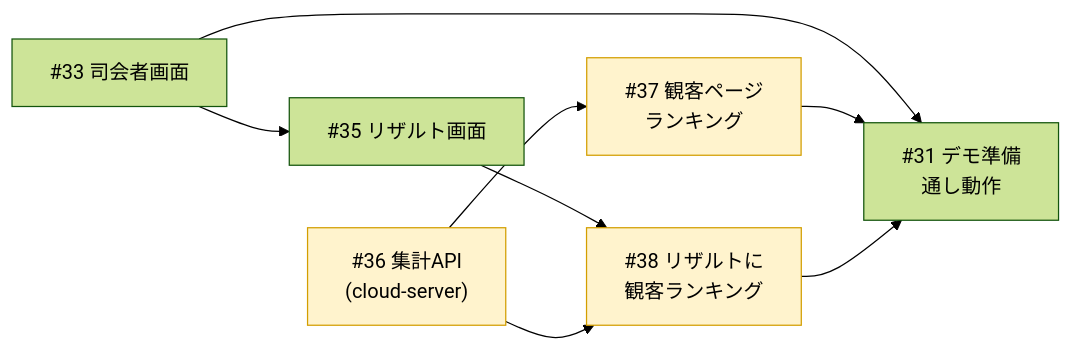
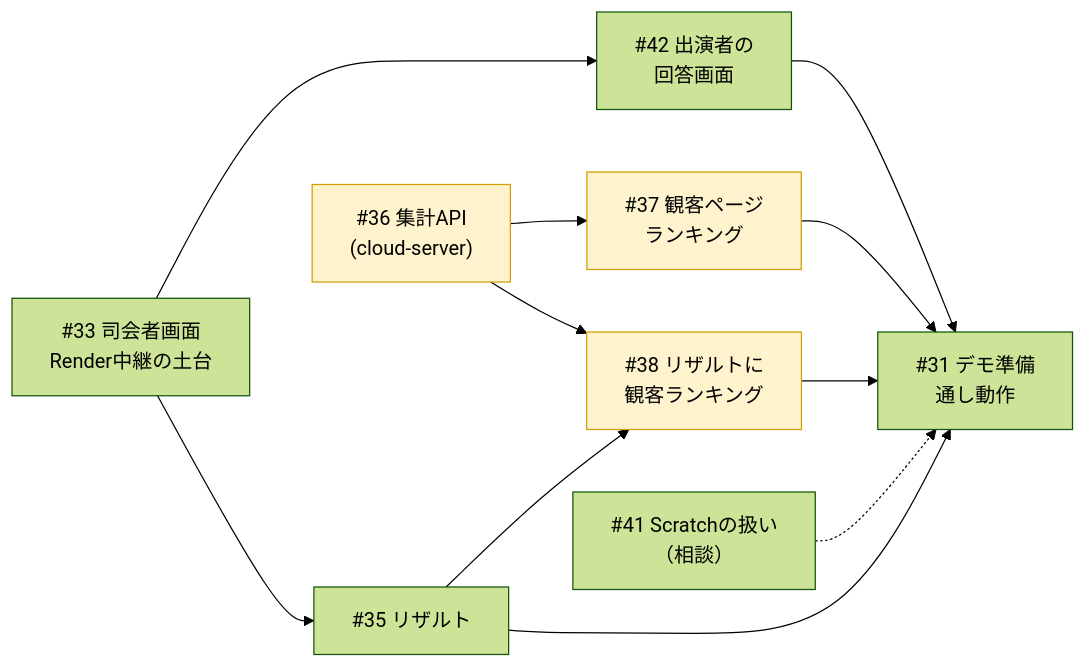
Before and after one commit to suzuka-kosen-festa/2026-suzuleague: the diagram in docs/status.md, drawn with Mermaid (forest theme). The commit also changed other lines of this file and 1 other file, not shown here.

````diff
--- a/docs/status.md
+++ b/docs/status.md
@@ -67,13 +78,16 @@
 ```mermaid
 flowchart LR
-    i33["#33 司会者画面"] --> i35["#35 リザルト画面"]
+    i33["#33 司会者画面<br>Render中継の土台"] --> i42["#42 出演者の<br>回答画面"]
+    i33 --> i35["#35 リザルト"]
     i36["#36 集計API<br>(cloud-server)"] --> i37["#37 観客ページ<br>ランキング"]
     i35 --> i38["#38 リザルトに<br>観客ランキング"]
     i36 --> i38
-    i33 --> i31["#31 デモ準備<br>通し動作"]
+    i42 --> i31["#31 デモ準備<br>通し動作"]
+    i35 --> i31
     i37 --> i31
     i38 --> i31
+    i41["#41 Scratchの扱い<br>（相談）"] -.-> i31
     style i36 fill:#fff3cd,stroke:#d39e00
     style i37 fill:#fff3cd,stroke:#d39e00
     style i38 fill:#fff3cd,stroke:#d39e00
 ```
````
